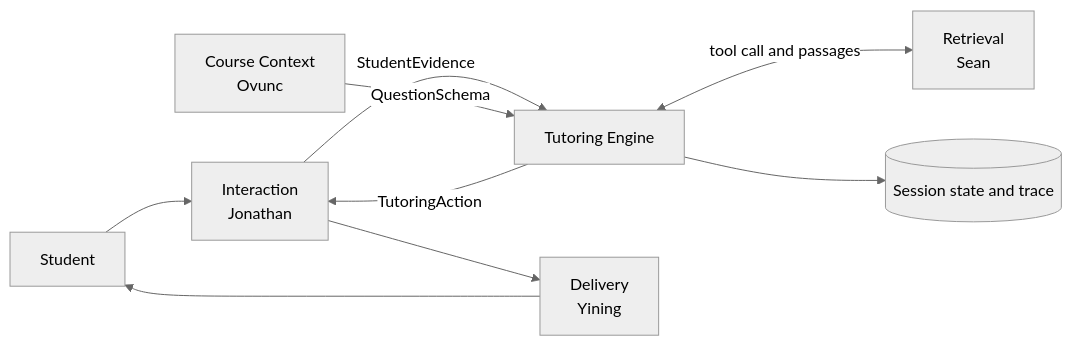
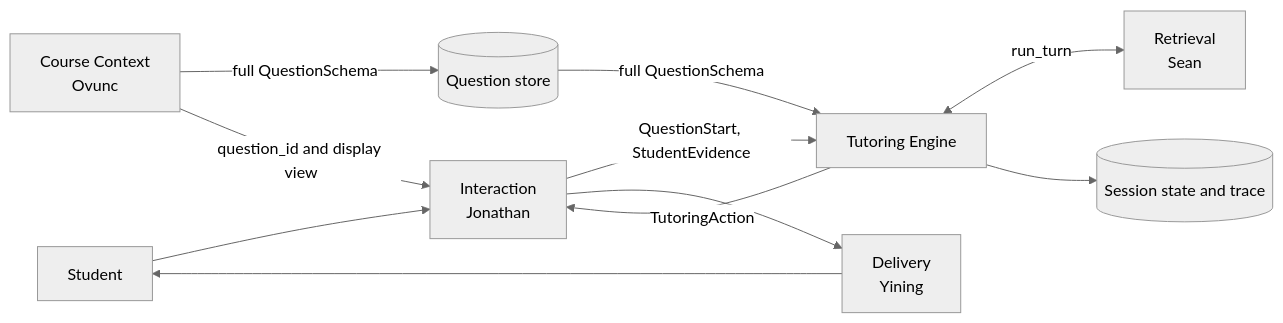
Before and after one commit to digital-professor-lab/digital-professor: the first of 3 diagrams in specs/tutoring-engine.md, drawn with Mermaid (neutral theme). The commit also changed other lines of this file, not shown here.

Commit message:
JDP-54: Update to final Tutoring Engine V1 specification

````diff
--- a/specs/tutoring-engine.md
+++ b/specs/tutoring-engine.md
@@ -77,11 +86,13 @@
 ```mermaid
 flowchart LR
     S[Student] --> I[Interaction<br/>Jonathan]
-    I -->|StudentEvidence| E[Tutoring Engine]
+    I -->|QuestionStart, StudentEvidence| E[Tutoring Engine]
     E -->|TutoringAction| I
     I --> D[Delivery<br/>Yining]
     D --> S
-    C[Course Context<br/>Ovunc] -->|QuestionSchema| E
-    E <-->|tool call and passages| R[Retrieval<br/>Sean]
+    C[Course Context<br/>Ovunc] -->|full QuestionSchema| Q[(Question store)]
+    C -->|question_id and display view| I
+    Q -->|full QuestionSchema| E
+    E <-->|run_turn| R[Retrieval<br/>Sean]
     E --> T[(Session state and trace)]
 ```
````
